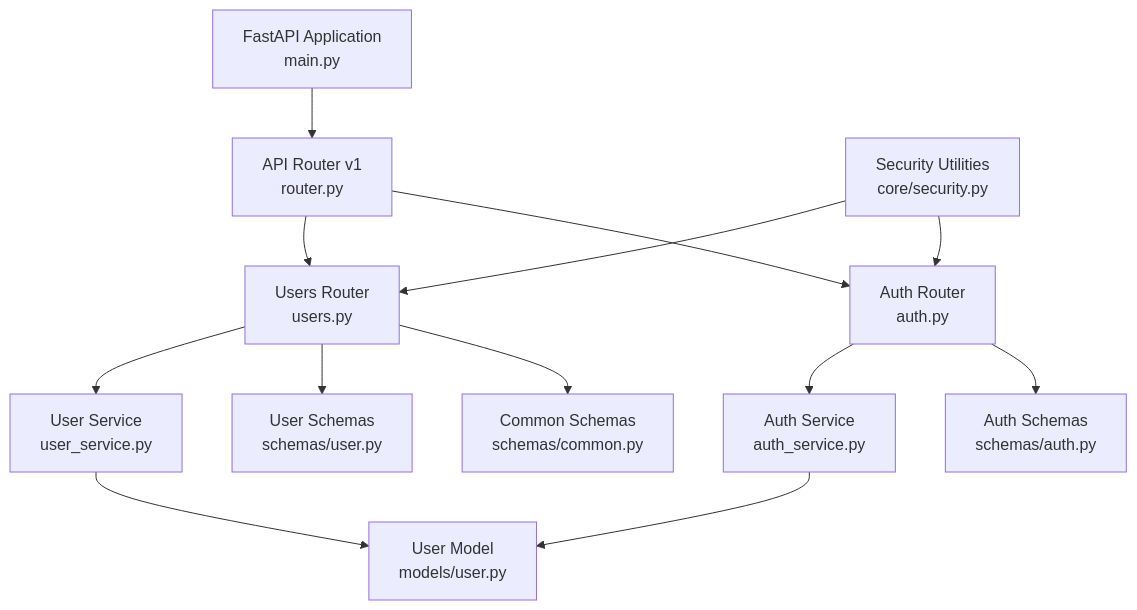
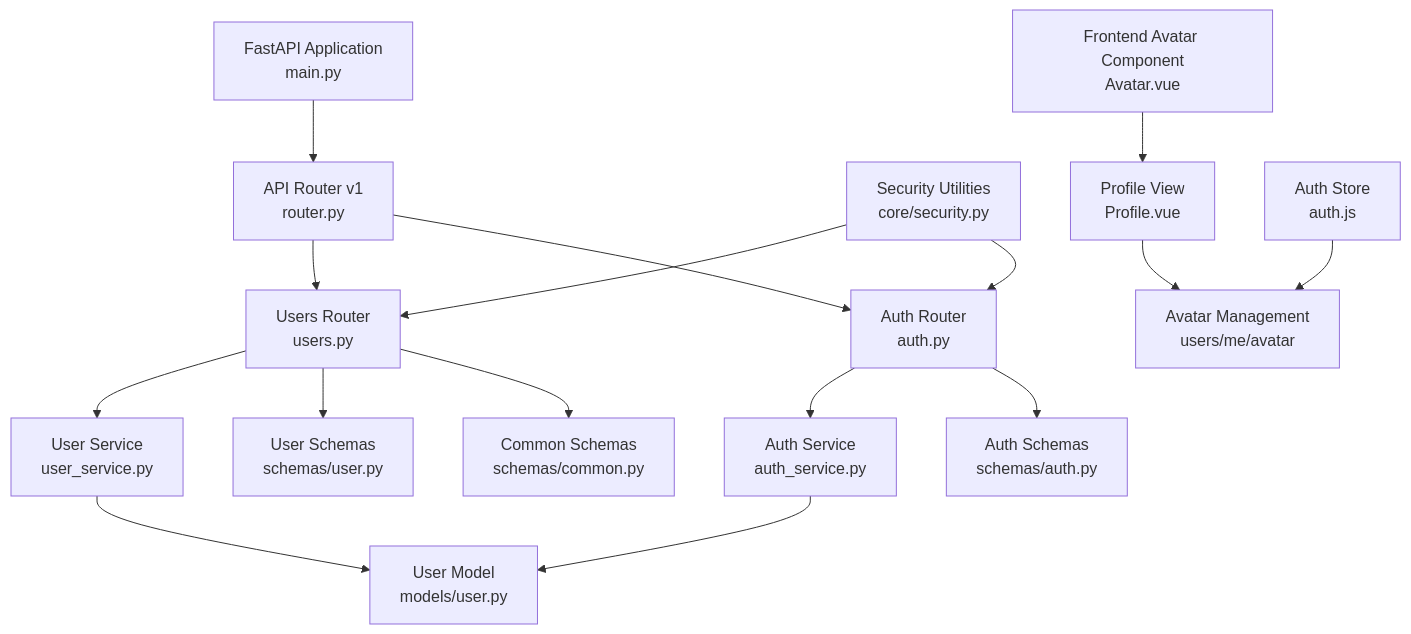
Before and after one commit to Nikita5543/New-SSO-02: the first of 5 diagrams in .qoder/repowiki/en/content/Core API Reference/User Management Endpoints.md, drawn with Mermaid. The commit also changed other lines of this file and 4 other files, not shown here.

````diff
--- a/.qoder/repowiki/en/content/Core API Reference/User Management Endpoints.md
+++ b/.qoder/repowiki/en/content/Core API Reference/User Management Endpoints.md
@@ -45,15 +51,18 @@
 ```mermaid
 graph TB
 A["FastAPI Application<br/>main.py"] --> B["API Router v1<br/>router.py"]
 B --> C["Users Router<br/>users.py"]
 B --> D["Auth Router<br/>auth.py"]
 C --> E["User Service<br/>user_service.py"]
 D --> F["Auth Service<br/>auth_service.py"]
 E --> G["User Model<br/>models/user.py"]
 F --> G
 C --> H["User Schemas<br/>schemas/user.py"]
 D --> I["Auth Schemas<br/>schemas/auth.py"]
 C --> J["Common Schemas<br/>schemas/common.py"]
 K["Security Utilities<br/>core/security.py"] --> C
 K --> D
+L["Frontend Avatar Component<br/>Avatar.vue"] --> M["Profile View<br/>Profile.vue"]
+N["Auth Store<br/>auth.js"] --> O["Avatar Management<br/>users/me/avatar"]
+M --> O
 ```
````
